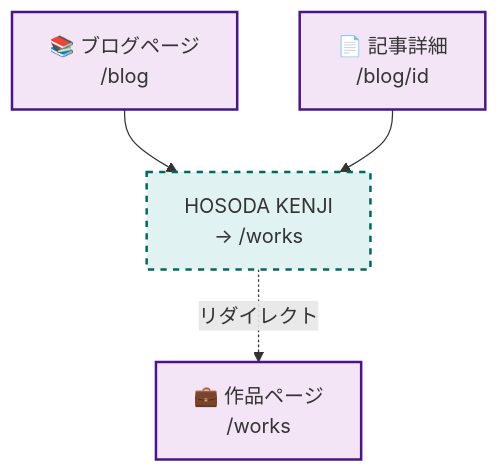
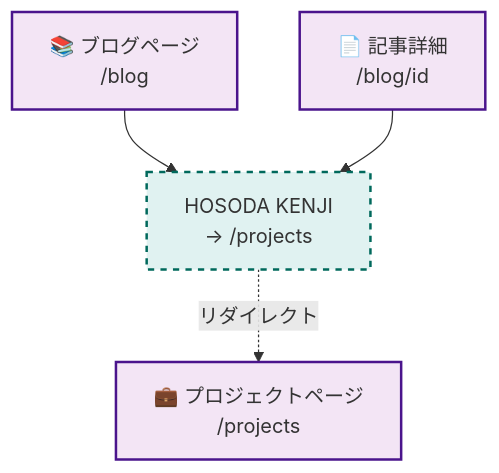
Before and after one commit to kmh-no3/kenji-hub: the sixth of 7 diagrams in docs/navigation-details.md, drawn with Mermaid. The commit also changed other lines of this file and 28 other files, not shown here.

````diff
--- a/docs/navigation-details.md
+++ b/docs/navigation-details.md
@@ -208,14 +208,14 @@
 ```mermaid
 graph TD
     %% 各ページでのロゴリンク先
-    LogoLink[HOSODA KENJI<br/>→ /works] -.->|リダイレクト| WorksPage[💼 作品ページ<br/>/works]
+    LogoLink[HOSODA KENJI<br/>→ /projects] -.->|リダイレクト| ProjectsPage[💼 プロジェクトページ<br/>/projects]
     BlogPage[📚 ブログページ<br/>/blog] --> LogoLink
     BlogDetailPage[📄 記事詳細<br/>/blog/id] --> LogoLink
     
     %% スタイル設定
     classDef mainNav fill:#f3e5f5,stroke:#4a148c,stroke-width:2px
     classDef logo fill:#e0f2f1,stroke:#00695c,stroke-width:2px,stroke-dasharray: 5 5
     
-    class WorksPage,BlogPage,BlogDetailPage mainNav
+    class ProjectsPage,BlogPage,BlogDetailPage mainNav
     class LogoLink logo
 ```
````
